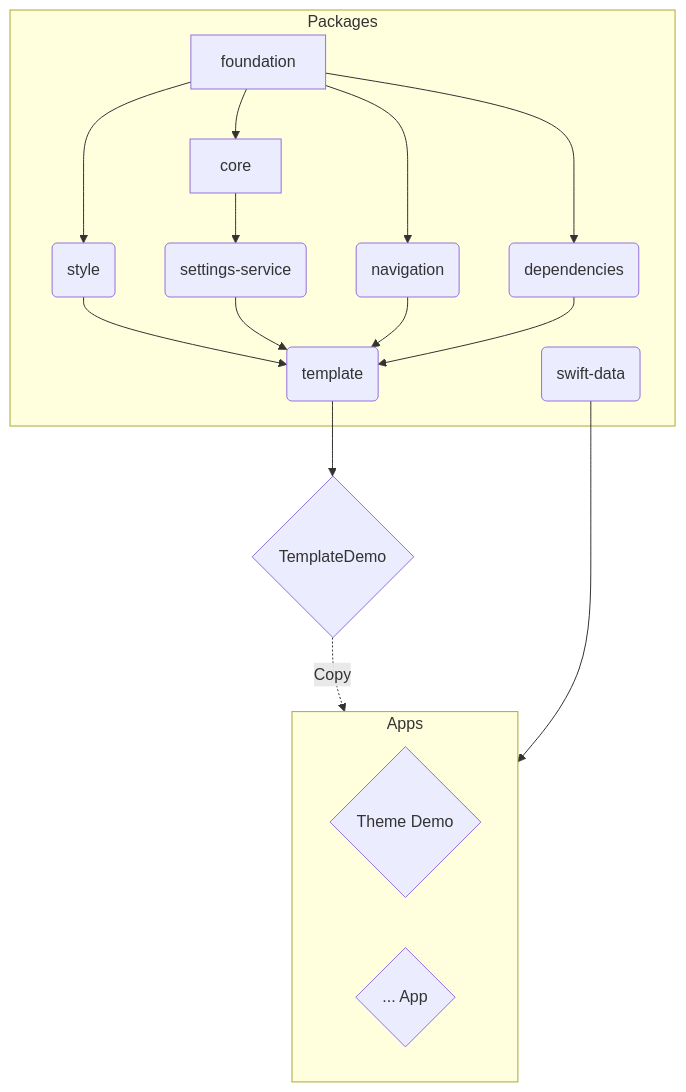
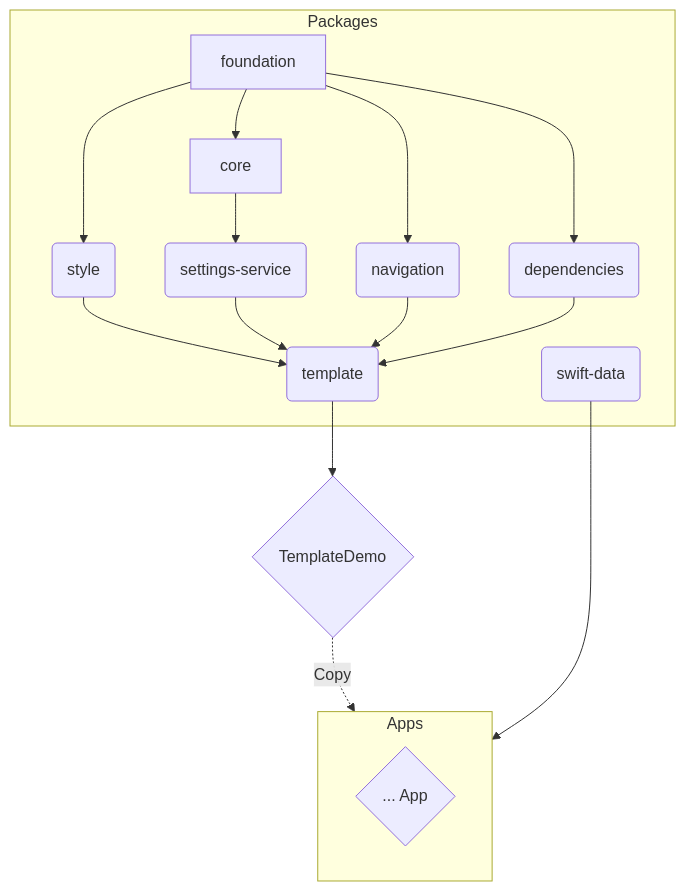
Before and after one commit to simonnickel/snap: the diagram in README.md, drawn with Mermaid.

Commit message:
Update package graph

````diff
--- a/README.md
+++ b/README.md
@@ -26,38 +26,37 @@
 ```mermaid
 flowchart TD
 
     subgraph Packages
     C1[foundation]
     C2[core]
     M2(style)
     M3(settings-service)
     M4(navigation)
     M5(dependencies)
     M6(swift-data)
     M1(template)
     end
     
     A1{TemplateDemo}
 
     subgraph Apps
-    A2{Theme Demo}
     A3{... App}
     end
 
     C1 --> C2
     C1 --> M2
     C1 --> M4
     C1 --> M5
 
     C2 --> M3
 
     M2 --> M1
     M3 --> M1
     M4 --> M1
     M5 --> M1
 
     M1 --> A1
 
     A1 -.->|Copy| Apps
     M6 --> Apps
 ```
````
